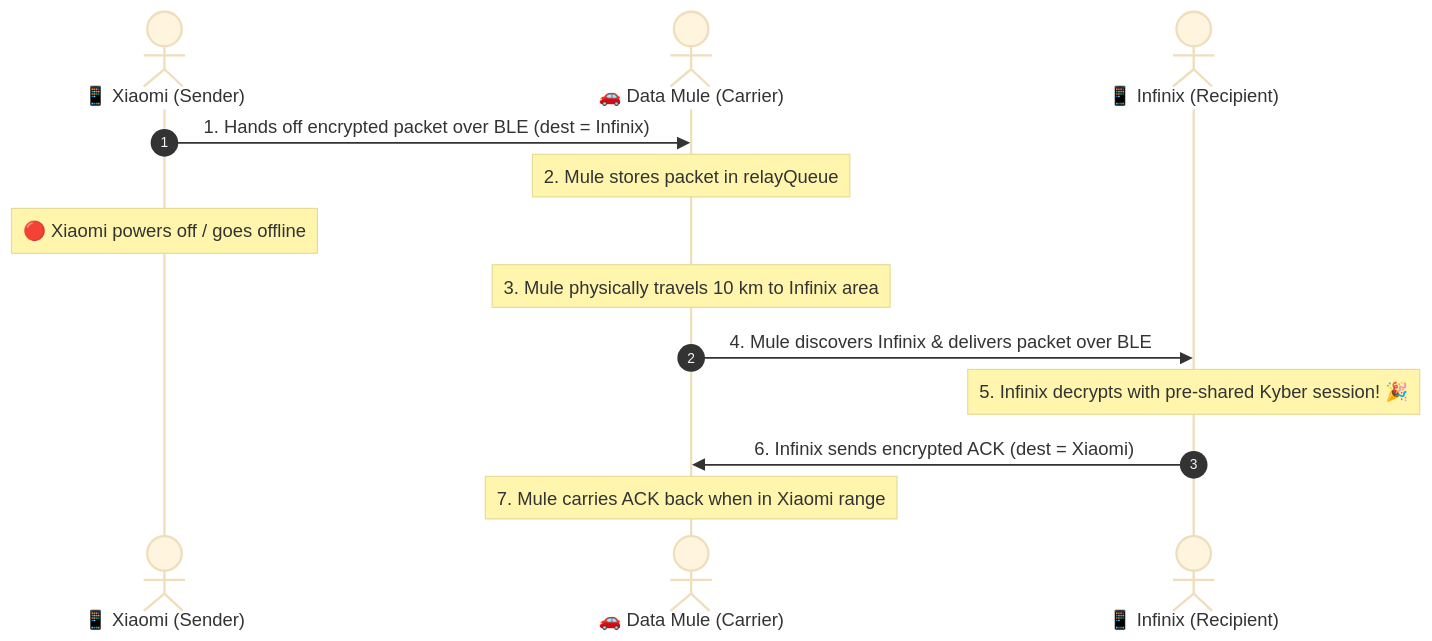
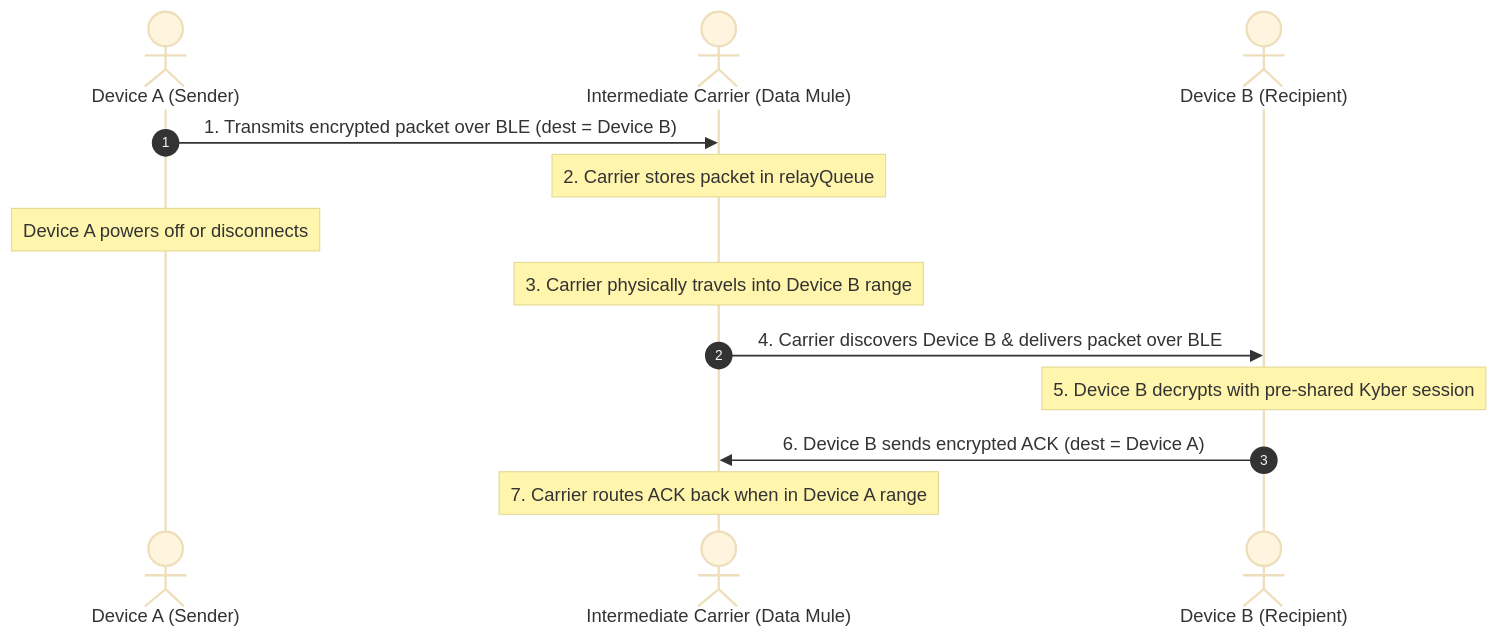
One commit to tawassulgoharellahi/pqc-offline-mesh-chat changed the second of 2 diagrams in PqcMeshChat/README.md. Above: the diagram before and after it, drawn with Mermaid (base theme). The commit also changed other lines of this file and 1 other file, not shown here.

````diff
--- a/PqcMeshChat/README.md
+++ b/PqcMeshChat/README.md
@@ -104,16 +104,16 @@
 ```mermaid
 sequenceDiagram
     autonumber
-    actor A as 📱 Xiaomi (Sender)
-    actor M as 🚗 Data Mule (Carrier)
-    actor B as 📱 Infinix (Recipient)
+    actor A as Device A (Sender)
+    actor M as Intermediate Carrier (Data Mule)
+    actor B as Device B (Recipient)
 
-    A->>M: 1. Hands off encrypted packet over BLE (dest = Infinix)
-    Note over M: 2. Mule stores packet in relayQueue
-    Note over A: 🔴 Xiaomi powers off / goes offline
-    Note over M: 3. Mule physically travels 10 km to Infinix area
-    M->>B: 4. Mule discovers Infinix & delivers packet over BLE
-    Note over B: 5. Infinix decrypts with pre-shared Kyber session! 🎉
-    B->>M: 6. Infinix sends encrypted ACK (dest = Xiaomi)
-    Note over M: 7. Mule carries ACK back when in Xiaomi range
+    A->>M: 1. Transmits encrypted packet over BLE (dest = Device B)
+    Note over M: 2. Carrier stores packet in relayQueue
+    Note over A: Device A powers off or disconnects
+    Note over M: 3. Carrier physically travels into Device B range
+    M->>B: 4. Carrier discovers Device B & delivers packet over BLE
+    Note over B: 5. Device B decrypts with pre-shared Kyber session
+    B->>M: 6. Device B sends encrypted ACK (dest = Device A)
+    Note over M: 7. Carrier routes ACK back when in Device A range
 ```
````
